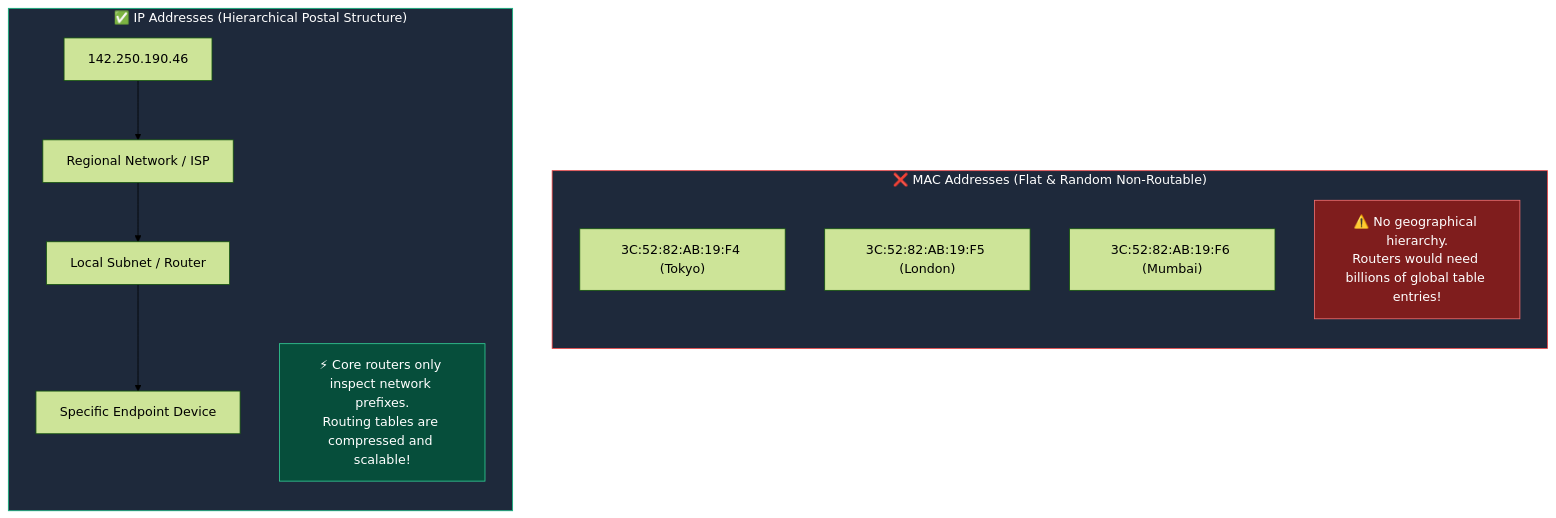
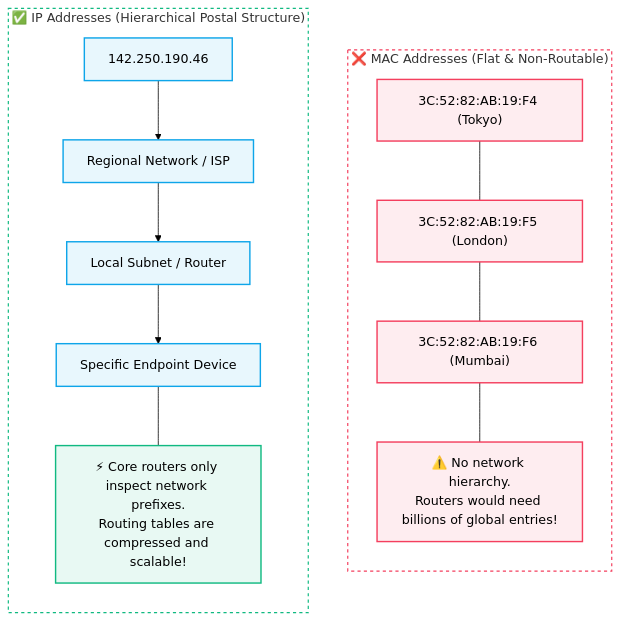
The diagram in Computer Networking/IP Addressing Fundamentals.md (abhinavbharti2345/CS_Notes), drawn with Mermaid (forest theme) before and after one commit. The commit also changed 47 other files, not shown here.

Commit message:
docs: add computer science study notes and generate graphify visualization output

````diff
--- a/Computer Networking/IP Addressing Fundamentals.md
+++ b/Computer Networking/IP Addressing Fundamentals.md
@@ -27,21 +27,29 @@
 ```mermaid
 flowchart TD
-    subgraph Flat["❌ MAC Addresses (Flat & Random Non-Routable)"]
-        direction TB
+    subgraph Flat["❌ MAC Addresses (Flat & Non-Routable)"]
+        direction TD
         M1["3C:52:82:AB:19:F4 (Tokyo)"]
         M2["3C:52:82:AB:19:F5 (London)"]
         M3["3C:52:82:AB:19:F6 (Mumbai)"]
-        FlatNote["⚠️ No geographical hierarchy.<br>Routers would need billions of global table entries!"]
+        FlatNote["⚠️ No network hierarchy.<br>Routers would need billions of global entries!"]
+        M1 --- M2 --- M3 --- FlatNote
     end
 
     subgraph Hierarchical["✅ IP Addresses (Hierarchical Postal Structure)"]
-        direction TB
+        direction TD
         I1["142.250.190.46"] --> AS["Regional Network / ISP"] --> Subnet["Local Subnet / Router"] --> Host["Specific Endpoint Device"]
         HierNote["⚡ Core routers only inspect network prefixes.<br>Routing tables are compressed and scalable!"]
+        Host --- HierNote
     end
 
-    style Flat fill:#1e293b,stroke:#ef4444,color:#fff
-    style Hierarchical fill:#1e293b,stroke:#10b981,color:#fff
-    style FlatNote fill:#7f1d1d,stroke:#f87171,color:#fff
-    style HierNote fill:#064e3b,stroke:#34d399,color:#fff
+    style Flat fill:none,stroke:#f43f5e,stroke-width:1.5px,stroke-dasharray:4 4
+    style Hierarchical fill:none,stroke:#10b981,stroke-width:1.5px,stroke-dasharray:4 4
+
+    classDef flatNode fill:#f43f5e18,stroke:#f43f5e,stroke-width:1.8px;
+    classDef hierNode fill:#10b98118,stroke:#10b981,stroke-width:1.8px;
+    classDef stepNode fill:#0ea5e918,stroke:#0ea5e9,stroke-width:1.8px;
+
+    class M1,M2,M3,FlatNote flatNode;
+    class I1,AS,Subnet,Host stepNode;
+    class HierNote hierNode;
 ```
````
